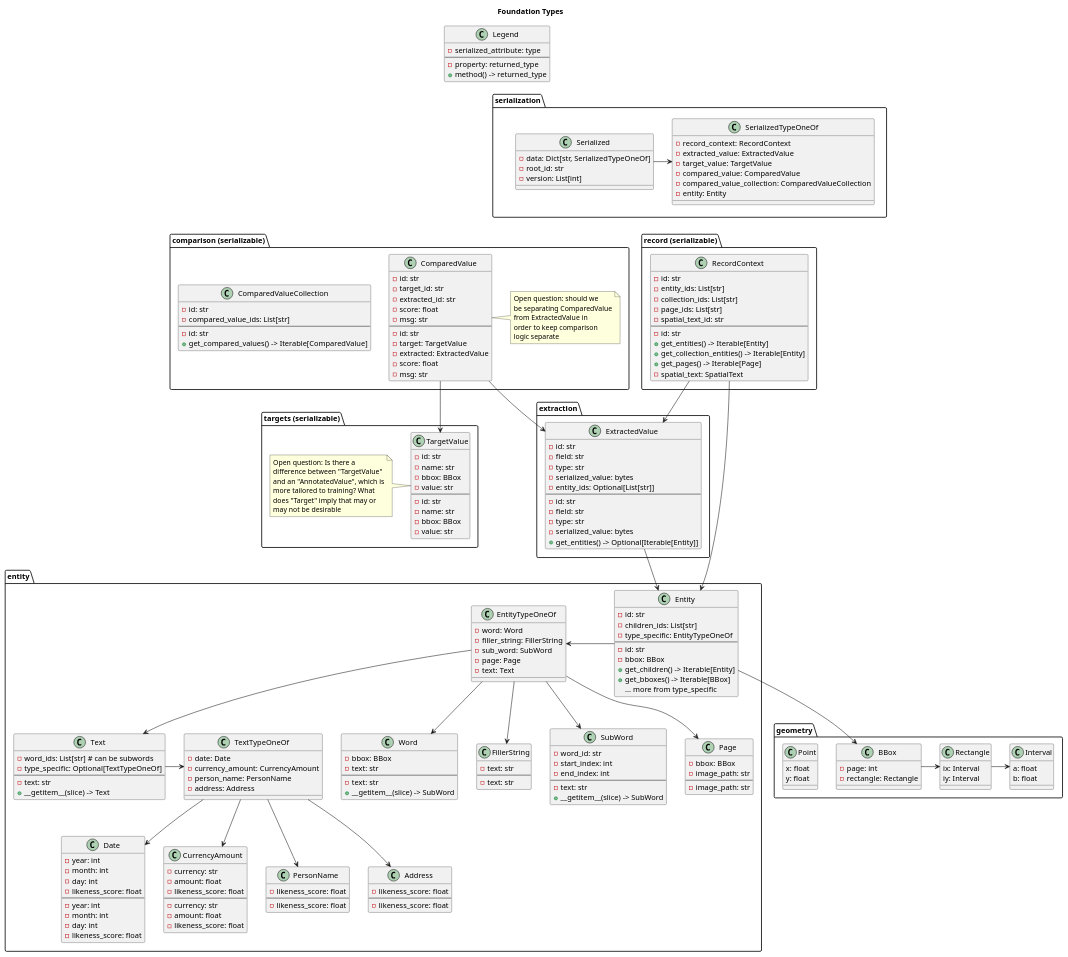
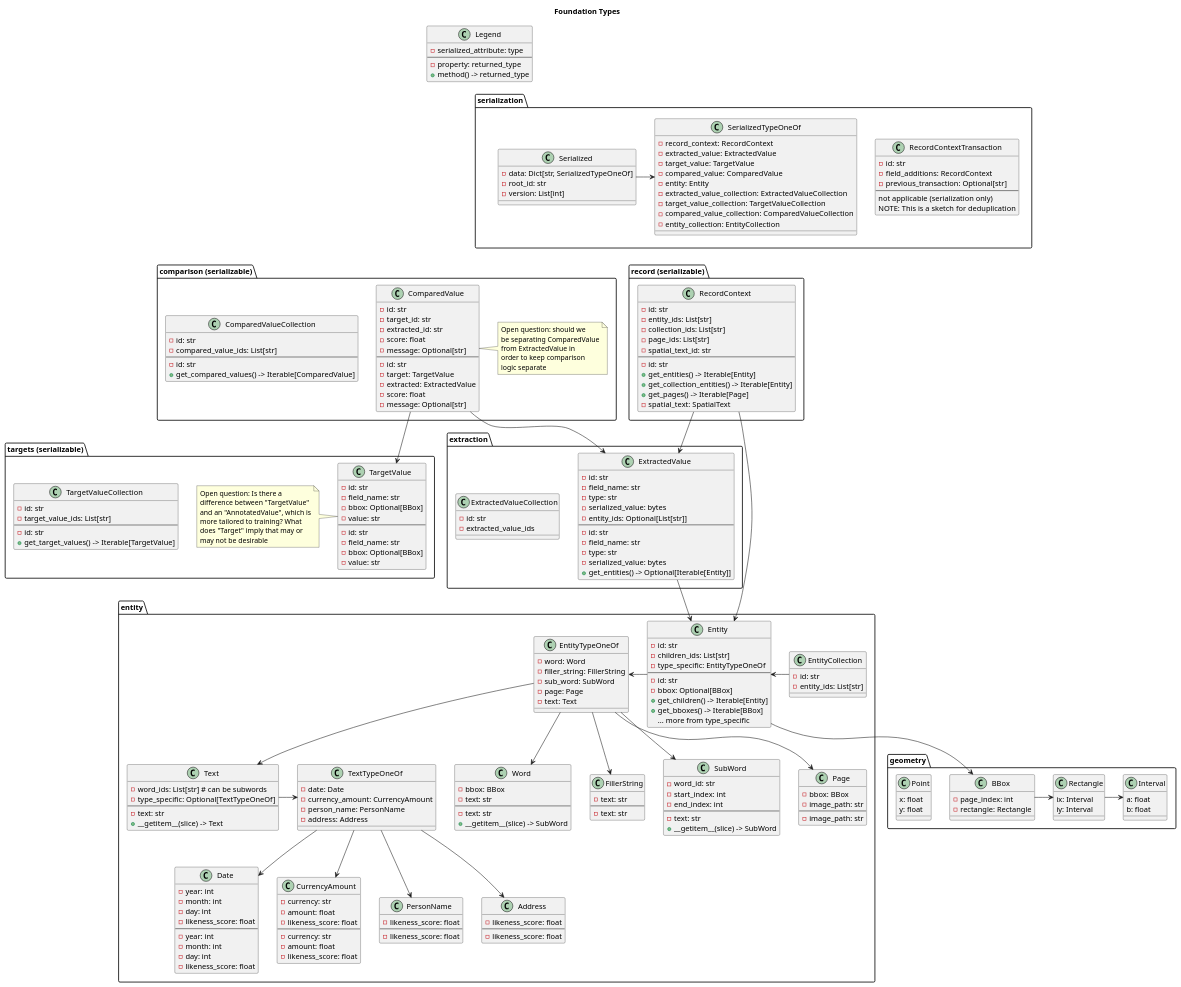
Before and after one commit to instabase/foundation: the diagram in types.wsd, drawn with PlantUML. The commit also changed 22 other files, not shown here.

Commit message:
protos and diagram

```diff
--- a/types.wsd
+++ b/types.wsd
@@ -20,10 +20,23 @@
     - extracted_value: ExtractedValue
     - target_value: TargetValue
     - compared_value: ComparedValue
+    - entity: Entity
+    - extracted_value_collection: ExtractedValueCollection
+    - target_value_collection: TargetValueCollection
     - compared_value_collection: ComparedValueCollection
-    - entity: Entity
+    - entity_collection: EntityCollection
+  }
+
+  class RecordContextTransaction {
+    - id: str
+    - field_additions: RecordContext
+    - previous_transaction: Optional[str]
+    ---
+    not applicable (serialization only)
+    NOTE: This is a sketch for deduplication
   }
   Serialized -> SerializedTypeOneOf
+  SerializedTypeOneOf -[hidden]right- RecordContextTransaction
 }
 
 Legend -[hidden]->serialization
@@ -31,13 +44,13 @@
 package "targets (serializable)" as targets {
   class TargetValue {
     - id: str
-    - name: str
-    - bbox: BBox
+    - field_name: str
+    - bbox: Optional[BBox]
     - value: str
     ---
     - id: str
-    - name: str
-    - bbox: BBox
+    - field_name: str
+    - bbox: Optional[BBox]
     - value: str
   }
   note left of TargetValue {
@@ -47,6 +60,13 @@
     more tailored to training? What
     does "Target" imply that may or
     may not be desirable
+  }
+  class TargetValueCollection {
+    - id: str
+    - target_value_ids: List[str]
+    ---
+    - id: str
+    + get_target_values() -> Iterable[TargetValue]
   }
 }
 
@@ -63,13 +83,13 @@
     - target_id: str
     - extracted_id: str
     - score: float
-    - msg: str
+    - message: Optional[str]
     ---
     - id: str
     - target: TargetValue
     - extracted: ExtractedValue
     - score: float
-    - msg: str
+    - message: Optional[str]
   }
   note right of ComparedValue {
     Open question: should we
@@ -99,16 +119,20 @@
 package extraction {
   class ExtractedValue {
     - id: str
-    - field: str
+    - field_name: str
     - type: str
     - serialized_value: bytes
     - entity_ids: Optional[List[str]]
     ---
     - id: str
-    - field: str
+    - field_name: str
     - type: str
     - serialized_value: bytes
     + get_entities() -> Optional[Iterable[Entity]]
+  }
+  class ExtractedValueCollection {
+    - id: str
+    - extracted_value_ids
   }
 }
 
@@ -119,11 +143,18 @@
     - type_specific: EntityTypeOneOf
     ---
     - id: str
-    - bbox: BBox
+    - bbox: Optional[BBox]
     + get_children() -> Iterable[Entity]
     + get_bboxes() -> Iterable[BBox]
     ... more from type_specific
   }
+
+  class EntityCollection {
+    - id: str
+    - entity_ids: List[str]
+  }
+
+  Entity <- EntityCollection
 
   class EntityTypeOneOf {
     - word: Word
@@ -231,7 +262,7 @@
     iy: Interval
   }
   class BBox {
-    - page: int
+    - page_index: int
     - rectangle: Rectangle
   }
   BBox -> Rectangle
```
